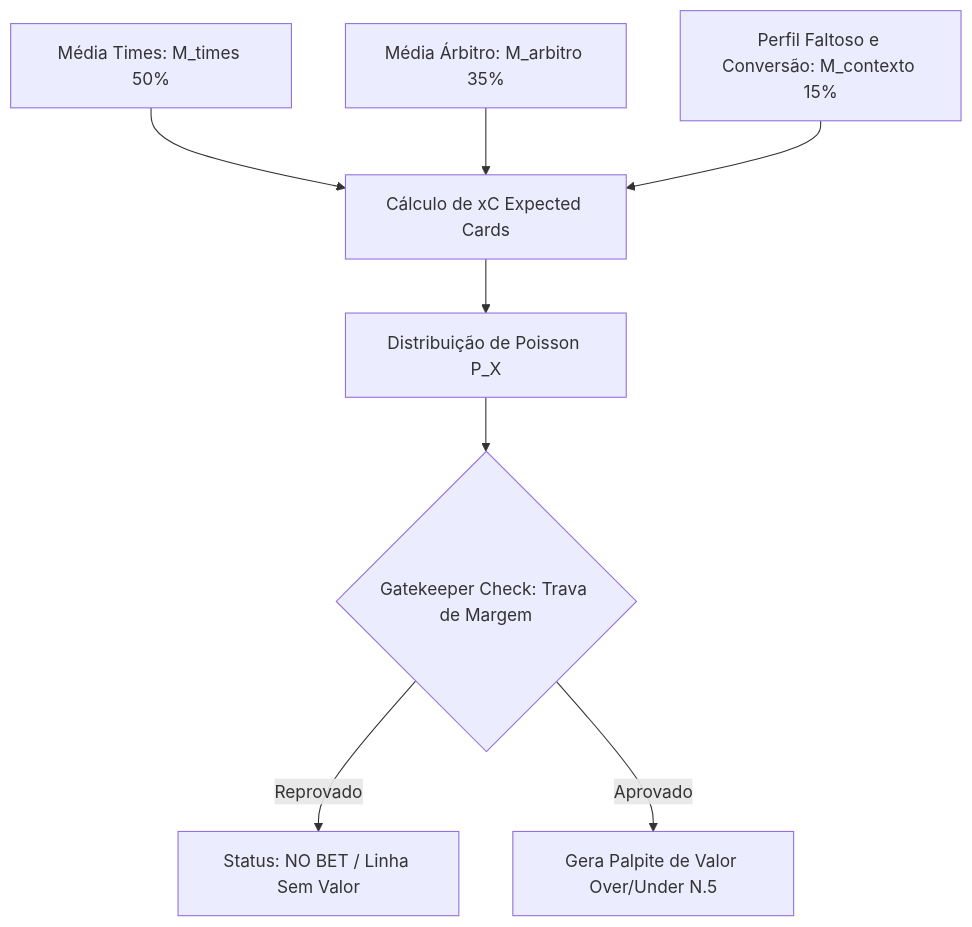
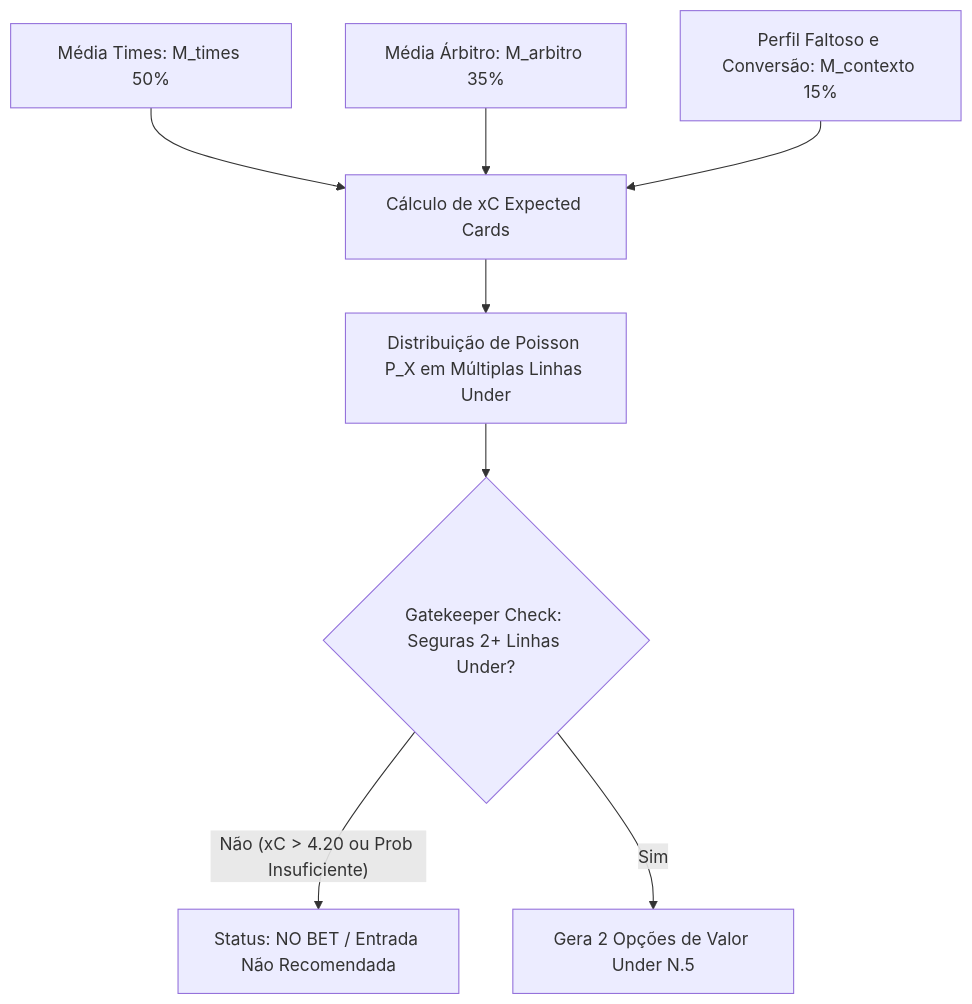
One commit to paulomnasc/datalake-air-flow-delta changed the diagram in SISTEMA_PESOS_PREDICAO_CARTOES.md. Above: the diagram before and after it, drawn with Mermaid. The commit also changed other lines of this file and 3 other files, not shown here.

````diff
--- a/SISTEMA_PESOS_PREDICAO_CARTOES.md
+++ b/SISTEMA_PESOS_PREDICAO_CARTOES.md
@@ -26,10 +24,10 @@
 ```mermaid
 graph TD
     A[Média Times: M_times 50%] --> D[Cálculo de xC Expected Cards]
     B[Média Árbitro: M_arbitro 35%] --> D
     C[Perfil Faltoso e Conversão: M_contexto 15%] --> D
-    D --> E[Distribuição de Poisson P_X]
-    E --> F{Gatekeeper Check: Trava de Margem}
-    F -- Reprovado --> G[Status: NO BET / Linha Sem Valor]
-    F -- Aprovado --> H[Gera Palpite de Valor Over/Under N.5]
+    D --> E[Distribuição de Poisson P_X em Múltiplas Linhas Under]
+    E --> F{Gatekeeper Check: Seguras 2+ Linhas Under?}
+    F -- Não (xC > 4.20 ou Prob Insuficiente) --> G[Status: NO BET / Entrada Não Recomendada]
+    F -- Sim --> H[Gera 2 Opções de Valor Under N.5]
 ```
````
